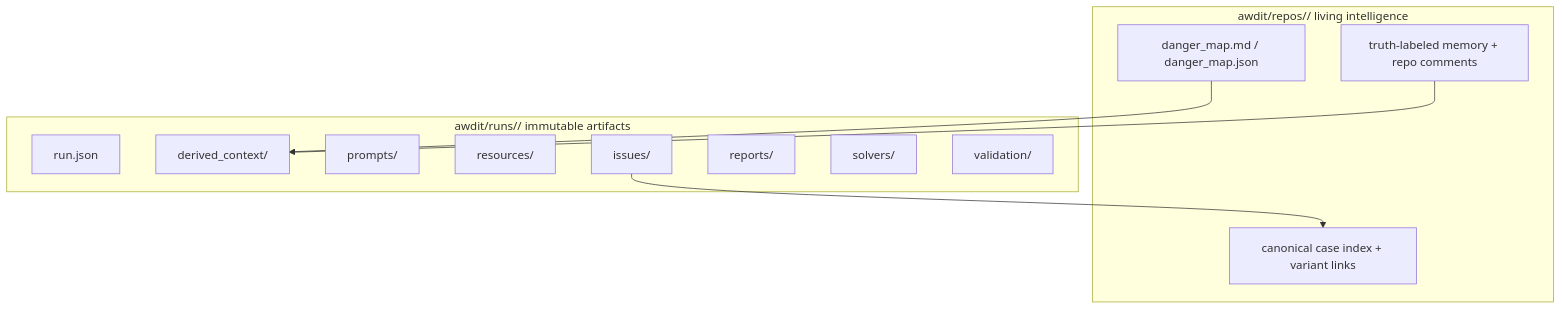
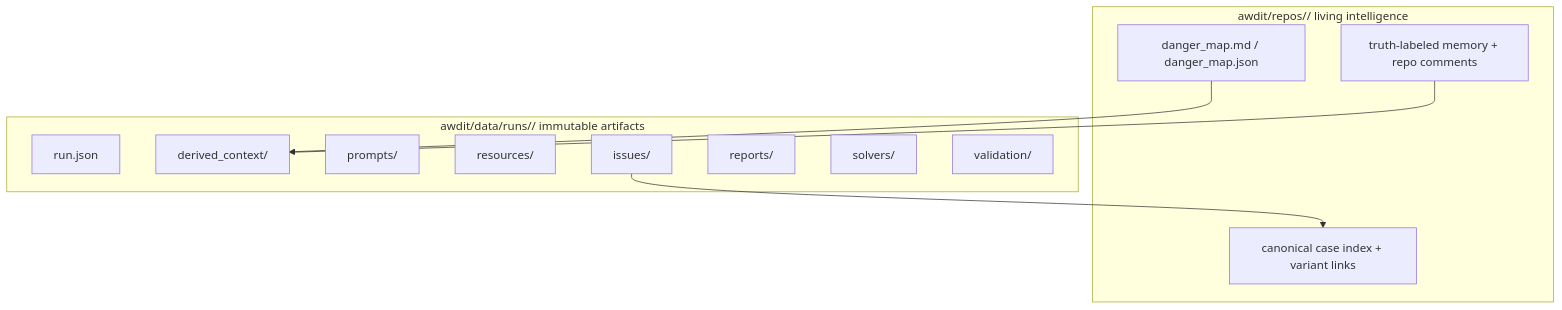
The third of 3 diagrams in docs/architecture.md (danflo27/awdit), drawn with Mermaid before and after one commit. The commit also changed other lines of this file and 7 other files, not shown here.

Commit message:
move run artifacts under awdit data root

````diff
--- a/docs/architecture.md
+++ b/docs/architecture.md
@@ -395,23 +395,23 @@
 ```mermaid
 flowchart TB
     subgraph Repo["awdit/repos/<repo_key>/ living intelligence"]
         DM["danger_map.md / danger_map.json"]
         RM["truth-labeled memory + repo comments"]
         CI["canonical case index + variant links"]
     end
 
-    subgraph Run["awdit/runs/<run_id>/ immutable artifacts"]
+    subgraph Run["awdit/data/runs/<run_id>/ immutable artifacts"]
         RJ["run.json"]
         DG["derived_context/"]
         PR["prompts/"]
         RE["resources/"]
         IS["issues/"]
         RP["reports/"]
         SV["solvers/"]
         VA["validation/"]
     end
 
     DM --> DG
     RM --> DG
     IS --> CI
 ```
````
